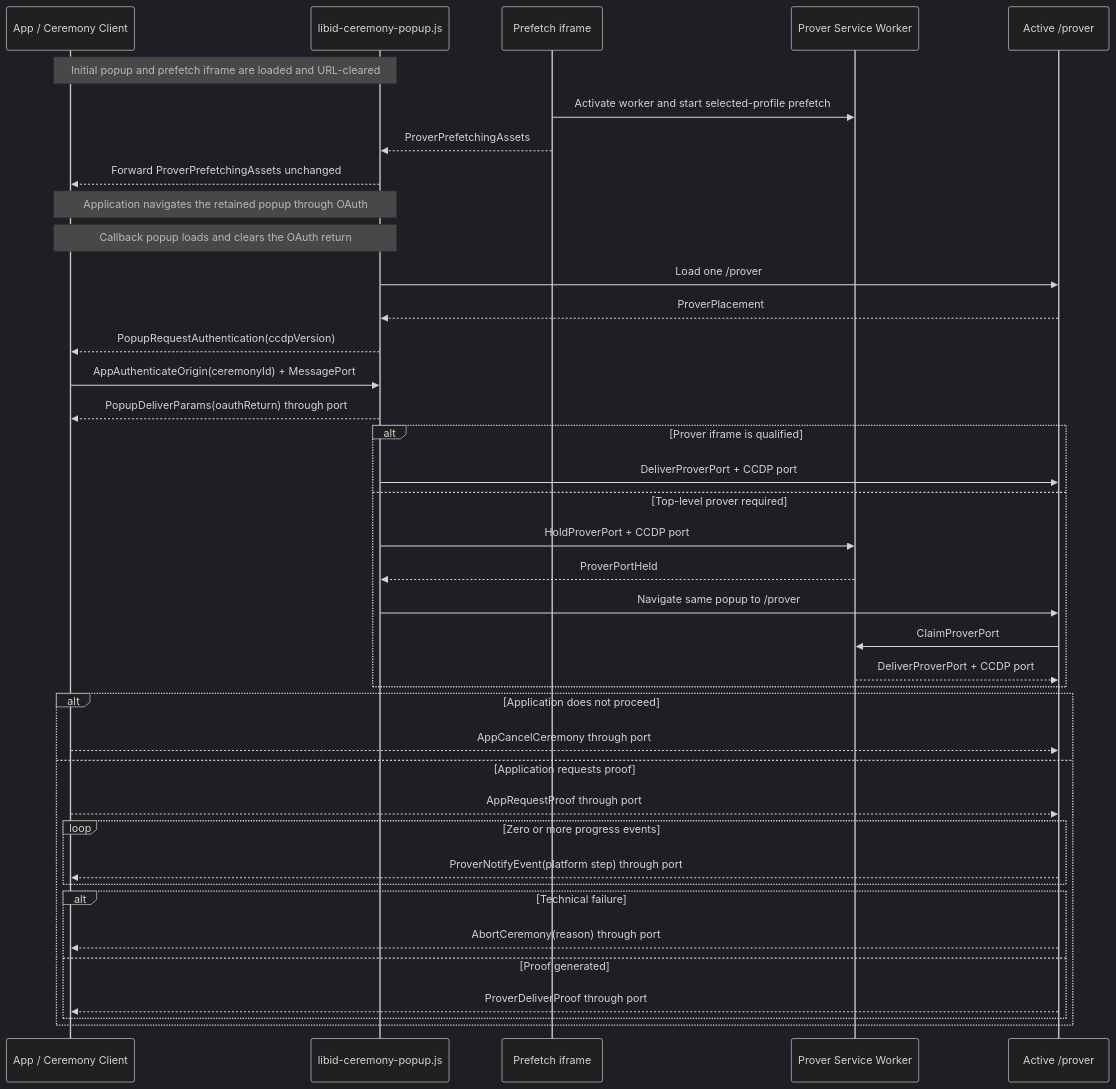
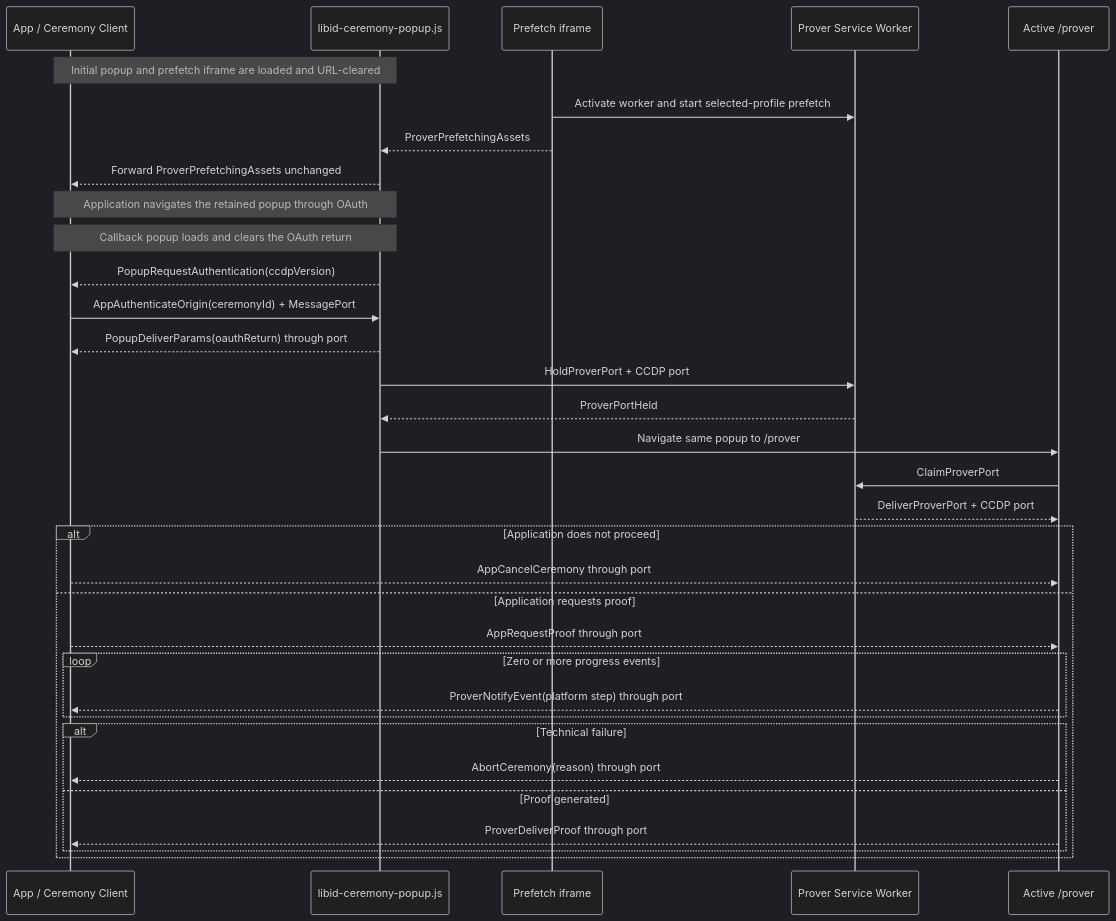
Before and after one commit to libid-org/libid: the diagram in ts/packages/ceremony/CCDP.md, drawn with Mermaid (dark theme). The commit also changed other lines of this file and 5 other files, not shown here.

Commit message:
docs(ceremony): remove DIP prover placement

````diff
--- a/ts/packages/ceremony/CCDP.md
+++ b/ts/packages/ceremony/CCDP.md
@@ -456,42 +430,36 @@
 ```mermaid
 sequenceDiagram
     participant A as App / Ceremony Client
     participant C as libid-ceremony-popup.js
     participant F as Prefetch iframe
     participant S as Prover Service Worker
     participant P as Active /prover
 
     Note over A,C: Initial popup and prefetch iframe are loaded and URL-cleared
     F->>S: Activate worker and start selected-profile prefetch
     F-->>C: ProverPrefetchingAssets
     C-->>A: Forward ProverPrefetchingAssets unchanged
     Note over A,C: Application navigates the retained popup through OAuth
     Note over A,C: Callback popup loads and clears the OAuth return
-    C->>P: Load one /prover#ceremonyId iframe
-    P-->>C: ProverPlacement
     C-->>A: PopupRequestAuthentication(ccdpVersion)
     A->>C: AppAuthenticateOrigin(ceremonyId) + MessagePort
     C-->>A: PopupDeliverParams(oauthReturn) through port
-    alt Prover iframe is qualified
-        C->>P: DeliverProverPort + CCDP port
-    else Top-level prover required
-        C->>S: HoldProverPort + CCDP port
-        S-->>C: ProverPortHeld
-        C->>P: Navigate same popup to /prover#ceremonyId
-        P->>S: ClaimProverPort
-        S-->>P: DeliverProverPort + CCDP port
-    end
+    C->>S: HoldProverPort + CCDP port
+    S-->>C: ProverPortHeld
+    C->>P: Navigate same popup to /prover#ceremonyId
+    P->>S: ClaimProverPort
+    S-->>P: DeliverProverPort + CCDP port
     alt Application does not proceed
         A-->>P: AppCancelCeremony through port
     else Application requests proof
         A-->>P: AppRequestProof through port
         loop Zero or more progress events
             P-->>A: ProverNotifyEvent(platform step) through port
         end
         alt Technical failure
             P-->>A: AbortCeremony(reason) through port
         else Proof generated
             P-->>A: ProverDeliverProof through port
         end
     end
 ```
````
